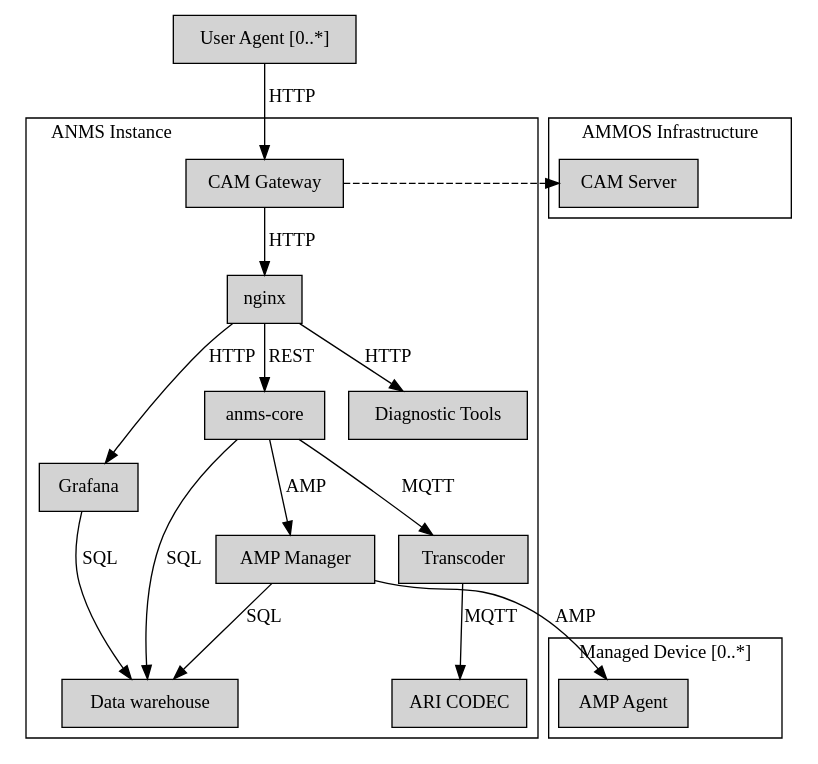
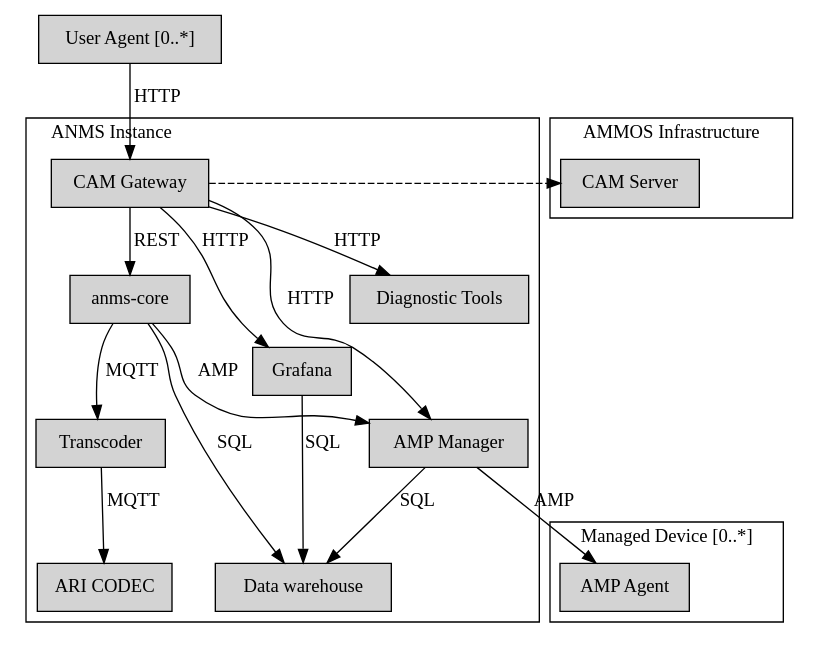
Before and after one commit to NASA-AMMOS/anms-docs: the diagram in product-guide/anms-components-logical.gv, drawn with Graphviz. The commit also changed 3 other files, not shown here.

```diff
--- a/product-guide/anms-components-logical.gv
+++ b/product-guide/anms-components-logical.gv
@@ -1,54 +1,53 @@
 digraph AMMOS {
   node [shape=box,style=filled];
   newrank=true;
 
   subgraph cluster_ANMS {
     label="ANMS Instance";
     labeljust=l;
 
     authnz [label="CAM Gateway" group=main];
-    authnz -> nginx [label="HTTP"];
     
-    nginx [group=main];
     anms_core [label="anms-core" group=main];
     transcoder [label="Transcoder"];
     aricodec [label="ARI CODEC"];
     amp_manager [label="AMP Manager"];
-    
-    nginx -> anms_core [label="REST"];
+    dw [label="Data warehouse"];
+
+    authnz -> anms_core [label="REST"];
     anms_core -> dw [label="SQL"];
     anms_core -> amp_manager [label="AMP"];
     anms_core -> transcoder -> aricodec [label="MQTT"];
 
     grafana [label="Grafana"];
-    nginx -> grafana [label="HTTP"];
+    authnz -> grafana [label="HTTP"];
 
     diagnostic [label="Diagnostic Tools"];
-    nginx -> diagnostic [label="HTTP"];
+    authnz -> diagnostic [label="HTTP"];
 
-    dw [label="Data warehouse"];
+    authnz -> amp_manager [label="HTTP"];
     amp_manager -> dw [label="SQL"];
     grafana -> dw [label="SQL"];
   }
 
   subgraph cluster_infra {
     label="AMMOS Infrastructure";
     labeljust=r;
 
     cam_server [label="CAM Server"];
   }
   authnz -> cam_server [style=dashed];
 
   user [label="User Agent [0..*]"];
   user -> authnz [label="HTTP"];
 
   subgraph cluster_agents {
     label="Managed Device [0..*]";
     labeljust=r;
 
     amp_agent [label="AMP Agent"];
     amp_manager -> amp_agent [label="AMP"];
   }
 
   { rank = same; authnz; cam_server; }
 }
```
